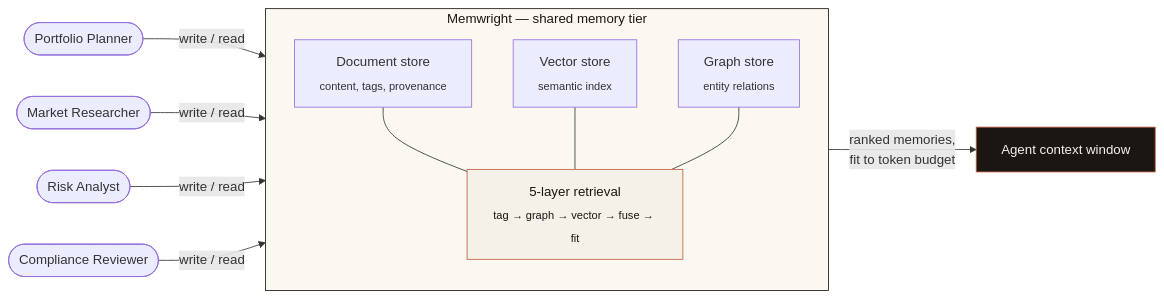
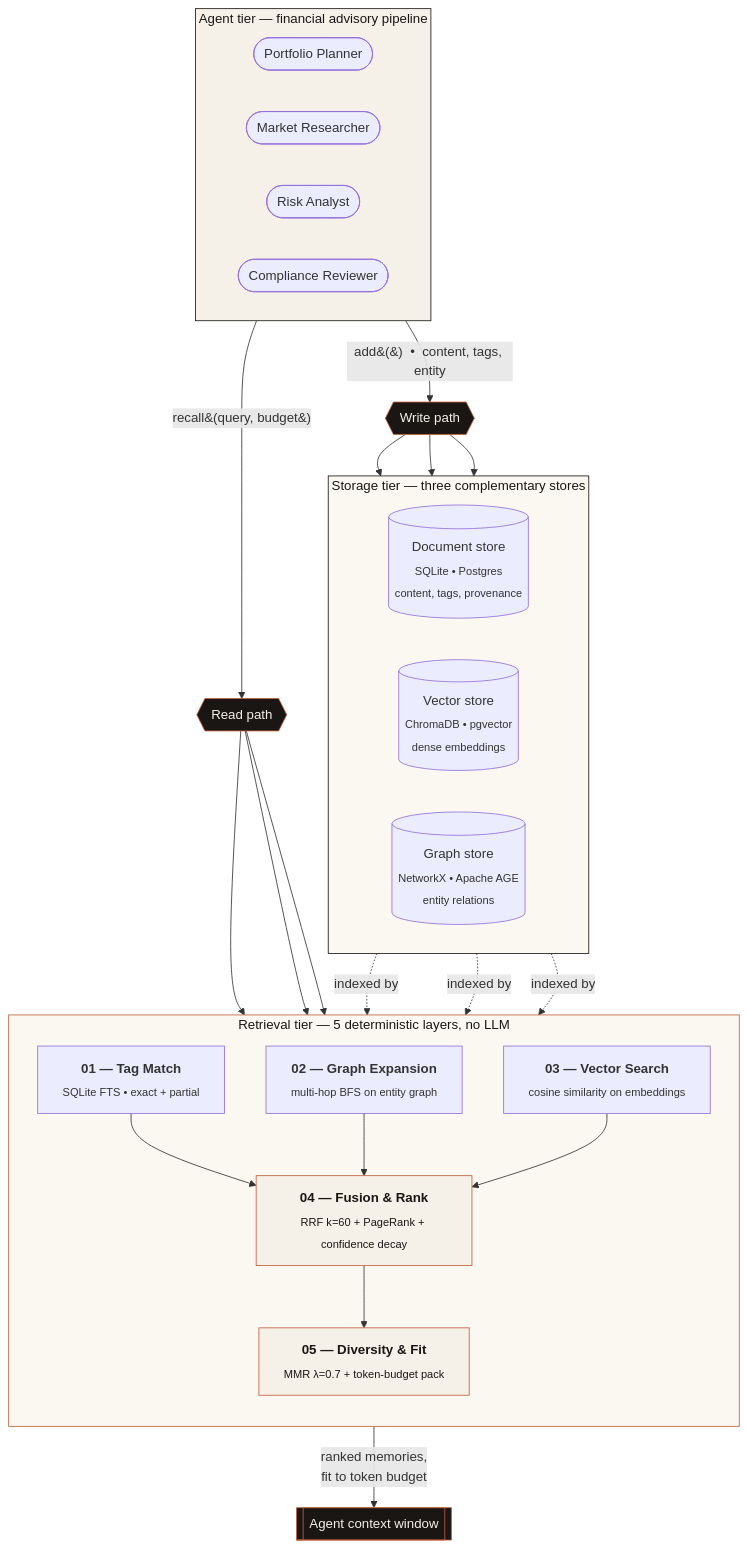
Before and after one commit to bolnet/attestor: the first of 2 diagrams in README.md, drawn with Mermaid.

Commit message:
docs: expand solution diagram with three tiers and all 5 retrieval layers

````diff
--- a/README.md
+++ b/README.md
@@ -40,24 +40,56 @@
 ```mermaid
-flowchart LR
-    A1([Portfolio Planner])    -->|write / read| M
-    A2([Market Researcher])    -->|write / read| M
-    A3([Risk Analyst])         -->|write / read| M
-    A4([Compliance Reviewer])  -->|write / read| M
-
-    subgraph M [Memwright &mdash; shared memory tier]
-        direction TB
-        S1[Document store<br/><sub>content, tags, provenance</sub>]
-        S2[Vector store<br/><sub>semantic index</sub>]
-        S3[Graph store<br/><sub>entity relations</sub>]
-        R[5-layer retrieval<br/><sub>tag &rarr; graph &rarr; vector &rarr; fuse &rarr; fit</sub>]
-        S1 --- R
-        S2 --- R
-        S3 --- R
+flowchart TB
+    subgraph AGENTS [Agent tier &mdash; financial advisory pipeline]
+        direction LR
+        A1([Portfolio Planner])
+        A2([Market Researcher])
+        A3([Risk Analyst])
+        A4([Compliance Reviewer])
     end
 
-    M -->|ranked memories,<br/>fit to token budget| CTX[Agent context window]
+    AGENTS -->|add&#40;&#41;  &bull;  content, tags, entity| WRITE{{Write path}}
+    AGENTS -->|recall&#40;query, budget&#41;| READ{{Read path}}
 
-    style M fill:#FBF8F1,stroke:#1A1614,color:#1A1614
-    style R fill:#F5F1E8,stroke:#C15F3C,color:#1A1614
+    subgraph STORAGE [Storage tier &mdash; three complementary stores]
+        direction LR
+        S1[(Document store<br/><sub>SQLite &bull; Postgres<br/>content, tags, provenance</sub>)]
+        S2[(Vector store<br/><sub>ChromaDB &bull; pgvector<br/>dense embeddings</sub>)]
+        S3[(Graph store<br/><sub>NetworkX &bull; Apache AGE<br/>entity relations</sub>)]
+    end
+
+    WRITE --> S1
+    WRITE --> S2
+    WRITE --> S3
+
+    subgraph RETRIEVAL [Retrieval tier &mdash; 5 deterministic layers, no LLM]
+        direction TB
+        L1[<b>01 &mdash; Tag Match</b><br/><sub>SQLite FTS &bull; exact + partial</sub>]
+        L2[<b>02 &mdash; Graph Expansion</b><br/><sub>multi-hop BFS on entity graph</sub>]
+        L3[<b>03 &mdash; Vector Search</b><br/><sub>cosine similarity on embeddings</sub>]
+        L4[<b>04 &mdash; Fusion &amp; Rank</b><br/><sub>RRF k=60 + PageRank + confidence decay</sub>]
+        L5[<b>05 &mdash; Diversity &amp; Fit</b><br/><sub>MMR &lambda;=0.7 + token-budget pack</sub>]
+        L1 --> L4
+        L2 --> L4
+        L3 --> L4
+        L4 --> L5
+    end
+
+    READ --> L1
+    READ --> L2
+    READ --> L3
+
+    S1 -. indexed by .-> L1
+    S3 -. indexed by .-> L2
+    S2 -. indexed by .-> L3
+
+    L5 -->|ranked memories,<br/>fit to token budget| CTX[[Agent context window]]
+
+    style AGENTS fill:#F5F1E8,stroke:#1A1614,color:#1A1614
+    style STORAGE fill:#FBF8F1,stroke:#1A1614,color:#1A1614
+    style RETRIEVAL fill:#FBF8F1,stroke:#C15F3C,color:#1A1614
+    style WRITE fill:#1A1614,stroke:#C15F3C,color:#F5F1E8
+    style READ fill:#1A1614,stroke:#C15F3C,color:#F5F1E8
+    style L4 fill:#F5F1E8,stroke:#C15F3C,color:#1A1614
+    style L5 fill:#F5F1E8,stroke:#C15F3C,color:#1A1614
     style CTX fill:#1A1614,stroke:#C15F3C,color:#F5F1E8
 ```
````
